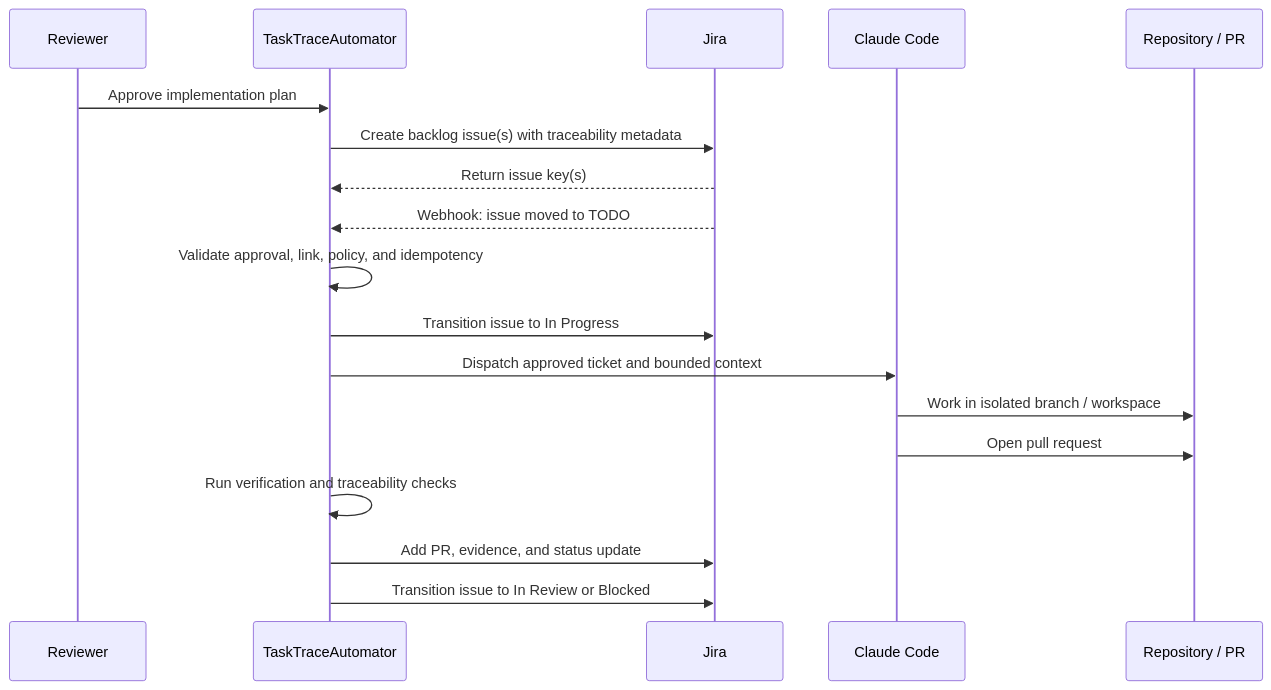
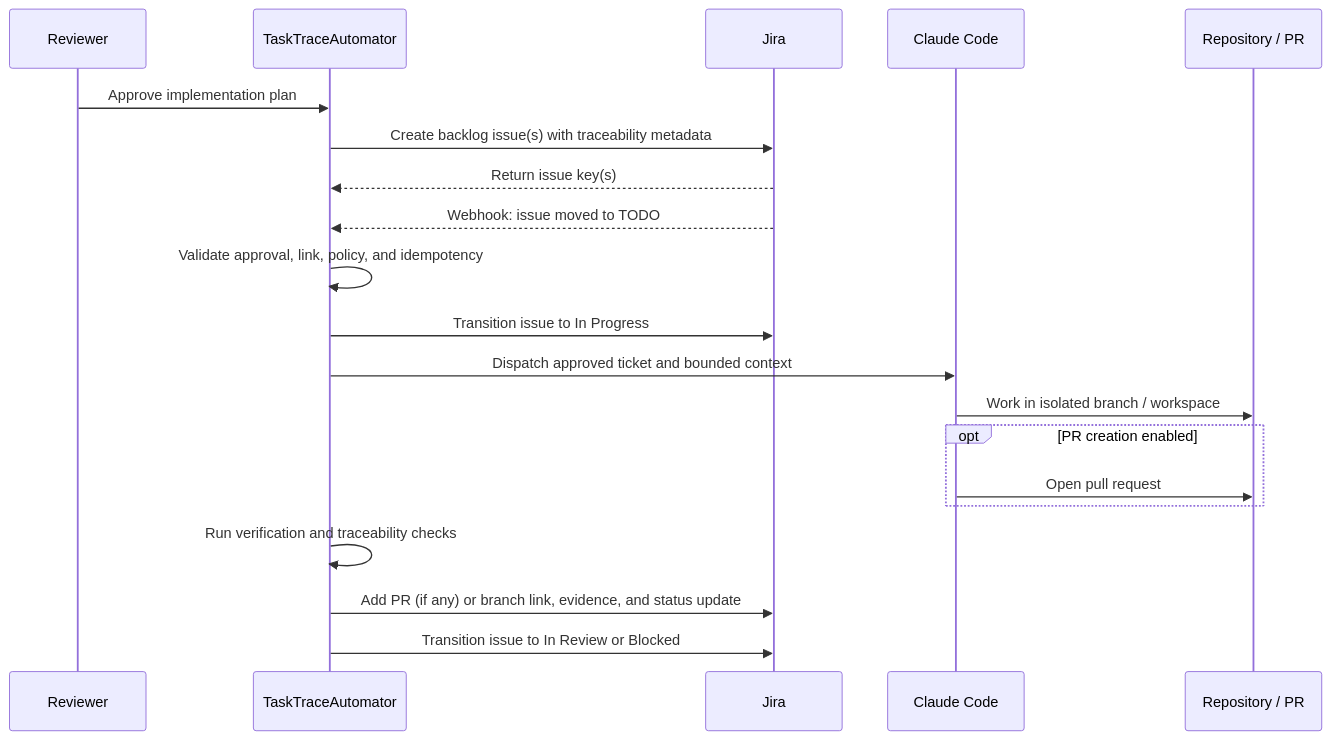
One commit to yasmin-poc-works/tasktraceautomator changed the fourth of 4 diagrams in project_plan_and _architecture/task_trace_automator_plan.md. Above: the diagram before and after it, drawn with Mermaid. The commit also changed other lines of this file and 2 other files, not shown here.

````diff
--- a/project_plan_and _architecture/task_trace_automator_plan.md
+++ b/project_plan_and _architecture/task_trace_automator_plan.md
@@ -729,21 +729,23 @@
 ```mermaid
 sequenceDiagram
     participant U as Reviewer
     participant T as TaskTraceAutomator
     participant J as Jira
     participant C as Claude Code
     participant R as Repository / PR
 
     U->>T: Approve implementation plan
     T->>J: Create backlog issue(s) with traceability metadata
     J-->>T: Return issue key(s)
     J-->>T: Webhook: issue moved to TODO
     T->>T: Validate approval, link, policy, and idempotency
     T->>J: Transition issue to In Progress
     T->>C: Dispatch approved ticket and bounded context
     C->>R: Work in isolated branch / workspace
-    C->>R: Open pull request
+    opt PR creation enabled
+        C->>R: Open pull request
+    end
     T->>T: Run verification and traceability checks
-    T->>J: Add PR, evidence, and status update
+    T->>J: Add PR (if any) or branch link, evidence, and status update
     T->>J: Transition issue to In Review or Blocked
 ```
````
